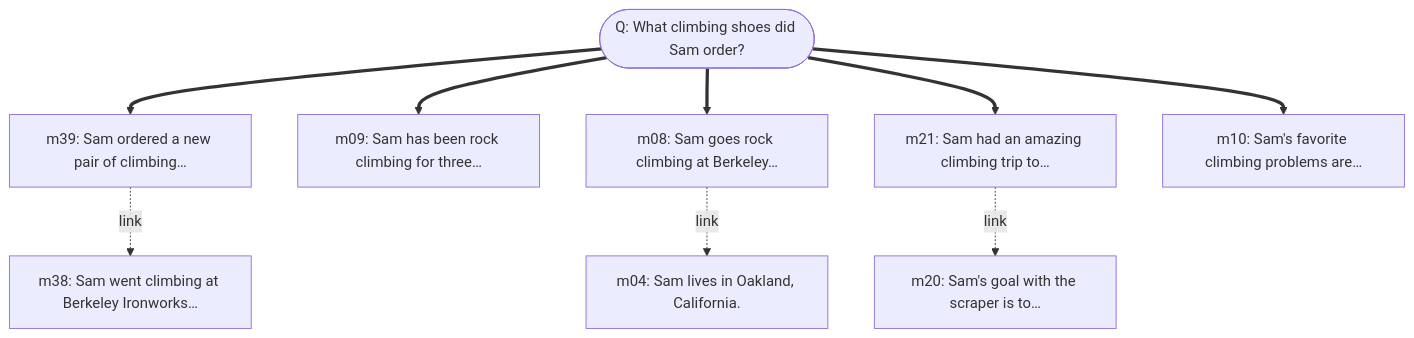
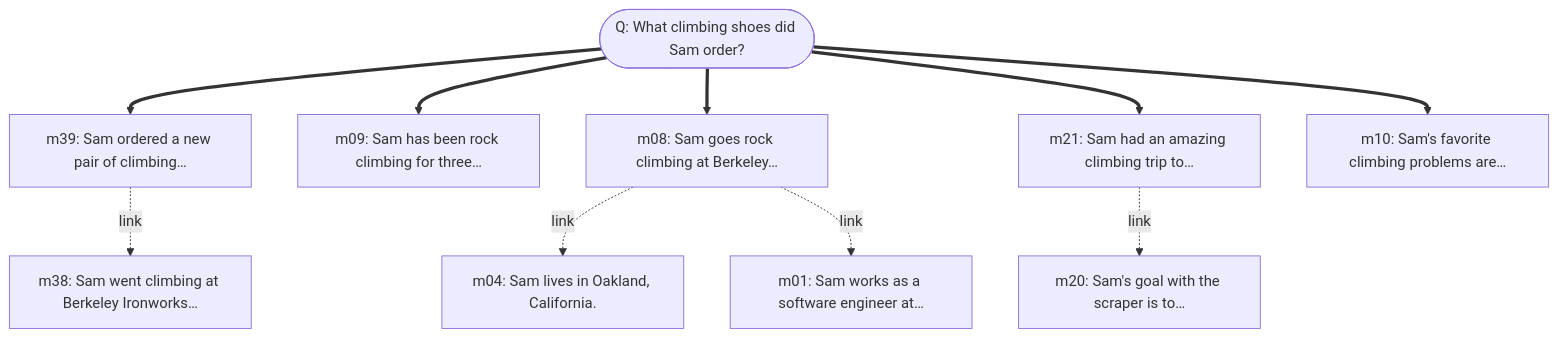
One commit to pandazxx/a-mem-reproduction changed the fourth of 22 diagrams in results/comparison/amem/traces.md. Above: the diagram before and after it, drawn with Mermaid. The commit also changed other lines of this file and 64 other files, not shown here.

````diff
--- a/results/comparison/amem/traces.md
+++ b/results/comparison/amem/traces.md
@@ -97,20 +93,22 @@
 ```mermaid
 graph TD
     Q(["Q: What climbing shoes did Sam order?"])
     m39["m39: Sam ordered a new pair of climbing…"]
     Q ==> m39
     m09["m09: Sam has been rock climbing for three…"]
     Q ==> m09
     m08["m08: Sam goes rock climbing at Berkeley…"]
     Q ==> m08
     m21["m21: Sam had an amazing climbing trip to…"]
     Q ==> m21
     m10["m10: Sam's favorite climbing problems are…"]
     Q ==> m10
     m38["m38: Sam went climbing at Berkeley Ironworks…"]
     m39 -.->|link| m38
     m04["m04: Sam lives in Oakland, California."]
     m08 -.->|link| m04
+    m01["m01: Sam works as a software engineer at…"]
+    m08 -.->|link| m01
     m20["m20: Sam's goal with the scraper is to…"]
     m21 -.->|link| m20
 ```
````
